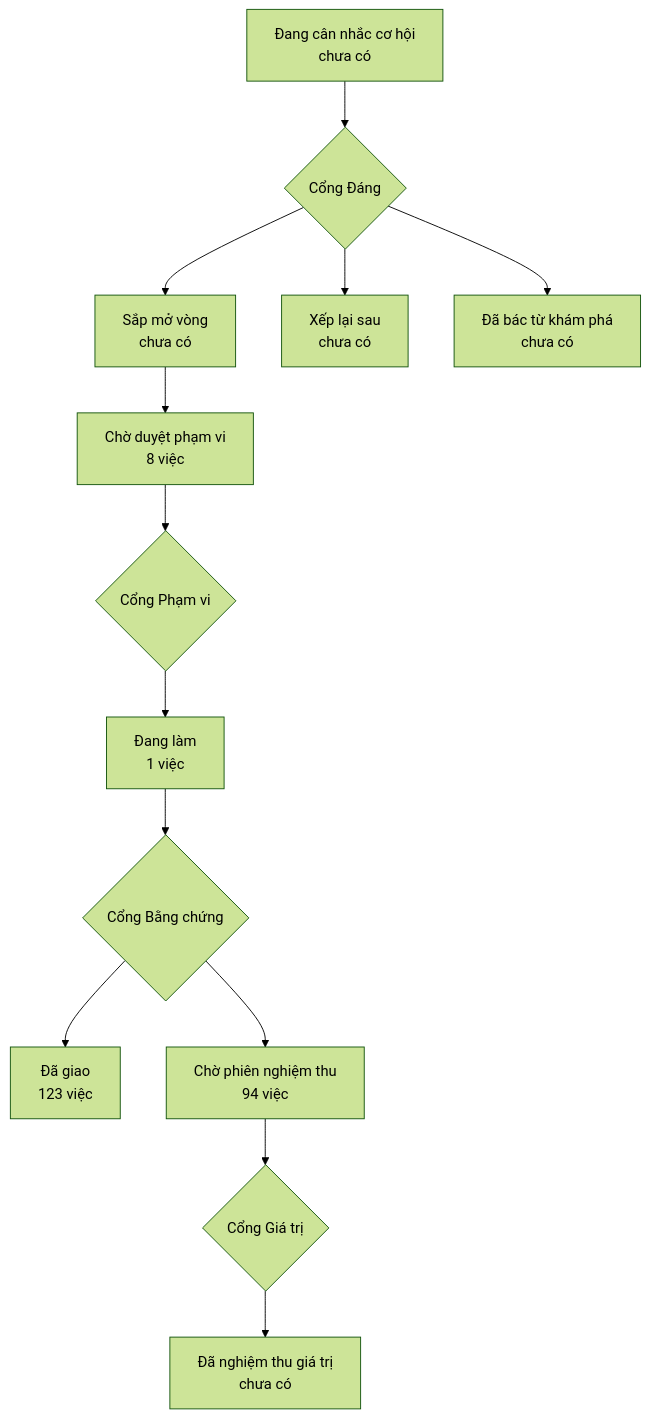
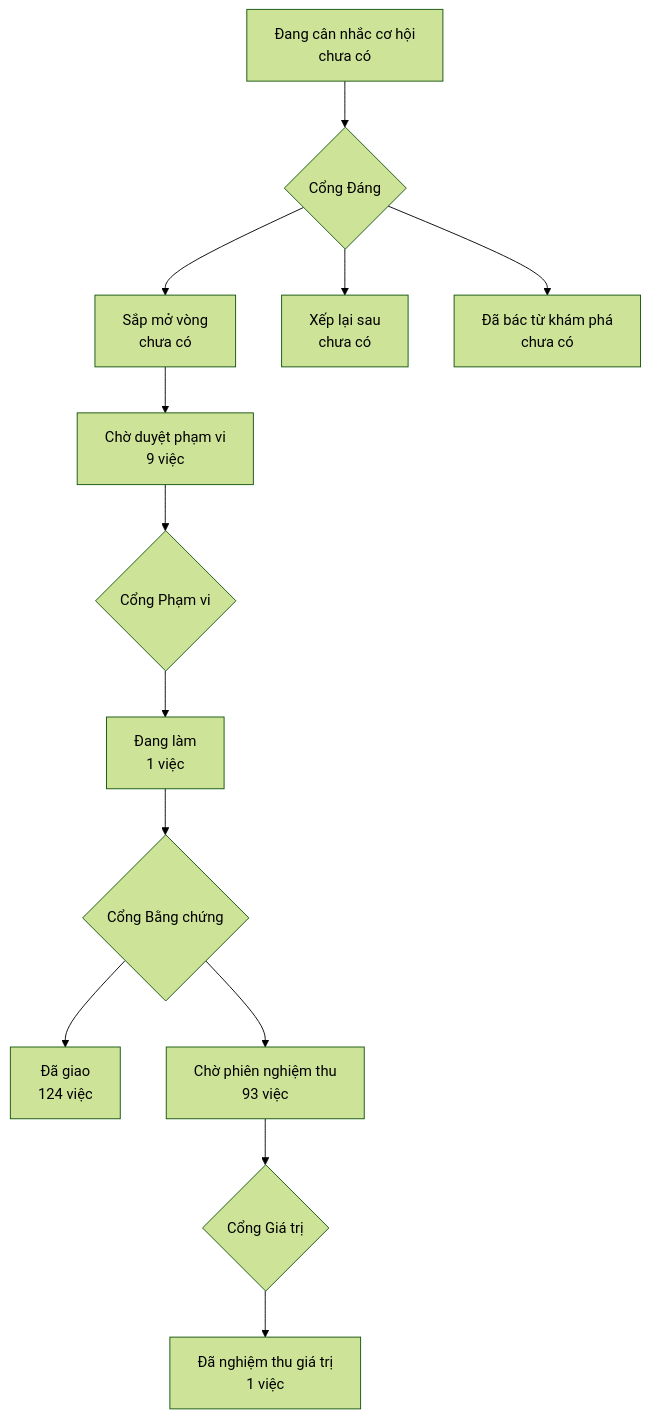
Before and after one commit to phanlemanh/onehub-invest: the diagram in PRODUCT-MAP.md, drawn with Mermaid (forest theme). The commit also changed other lines of this file and 2 other files, not shown here.

Commit message:
docs(acceptance): guard-edits-goc-theo-tep sang implemented, chờ chấm độc lập

````diff
--- a/PRODUCT-MAP.md
+++ b/PRODUCT-MAP.md
@@ -7,12 +7,12 @@
 ```mermaid
 flowchart TD
   A["Đang cân nhắc cơ hội<br/>chưa có"] --> GD{"Cổng Đáng"}
   GD --> B["Sắp mở vòng<br/>chưa có"]
   GD --> XL["Xếp lại sau<br/>chưa có"]
   GD --> DB["Đã bác từ khám phá<br/>chưa có"]
-  B --> CD["Chờ duyệt phạm vi<br/>8 việc"] --> GP{"Cổng Phạm vi"}
+  B --> CD["Chờ duyệt phạm vi<br/>9 việc"] --> GP{"Cổng Phạm vi"}
   GP --> DL["Đang làm<br/>1 việc"] --> GB{"Cổng Bằng chứng"}
-  GB --> DG["Đã giao<br/>123 việc"]
-  GB --> CN["Chờ phiên nghiệm thu<br/>94 việc"] --> GG{"Cổng Giá trị"}
-  GG --> NT["Đã nghiệm thu giá trị<br/>chưa có"]
+  GB --> DG["Đã giao<br/>124 việc"]
+  GB --> CN["Chờ phiên nghiệm thu<br/>93 việc"] --> GG{"Cổng Giá trị"}
+  GG --> NT["Đã nghiệm thu giá trị<br/>1 việc"]
 ```
````
